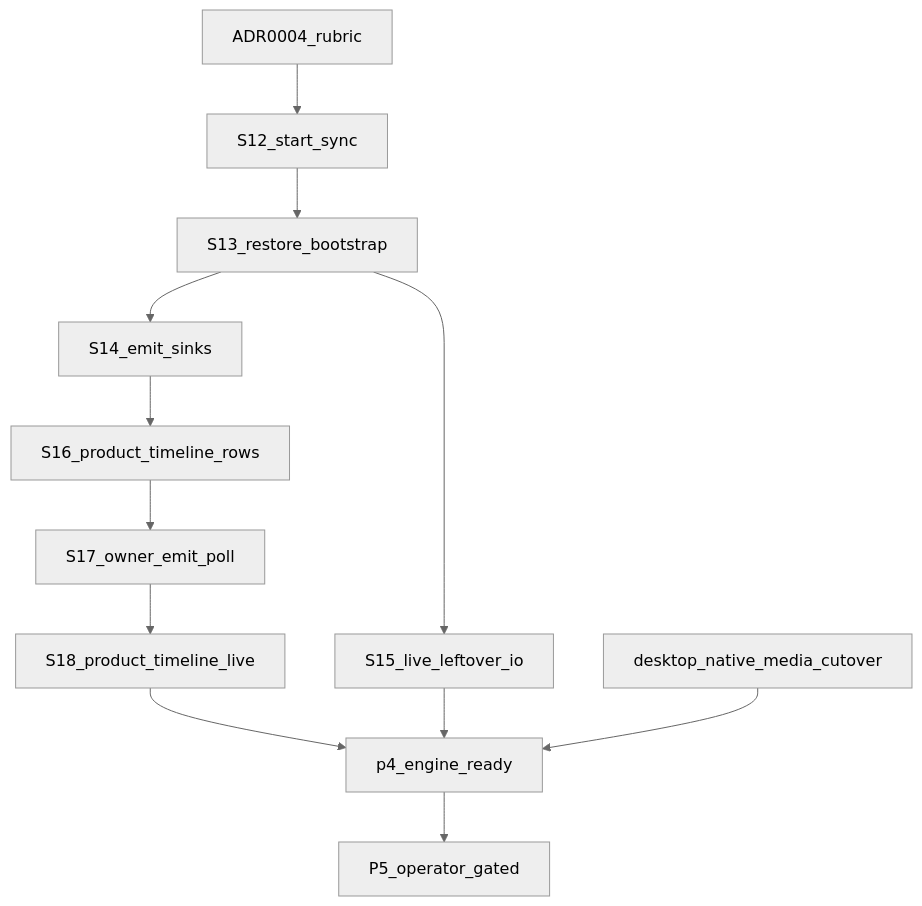
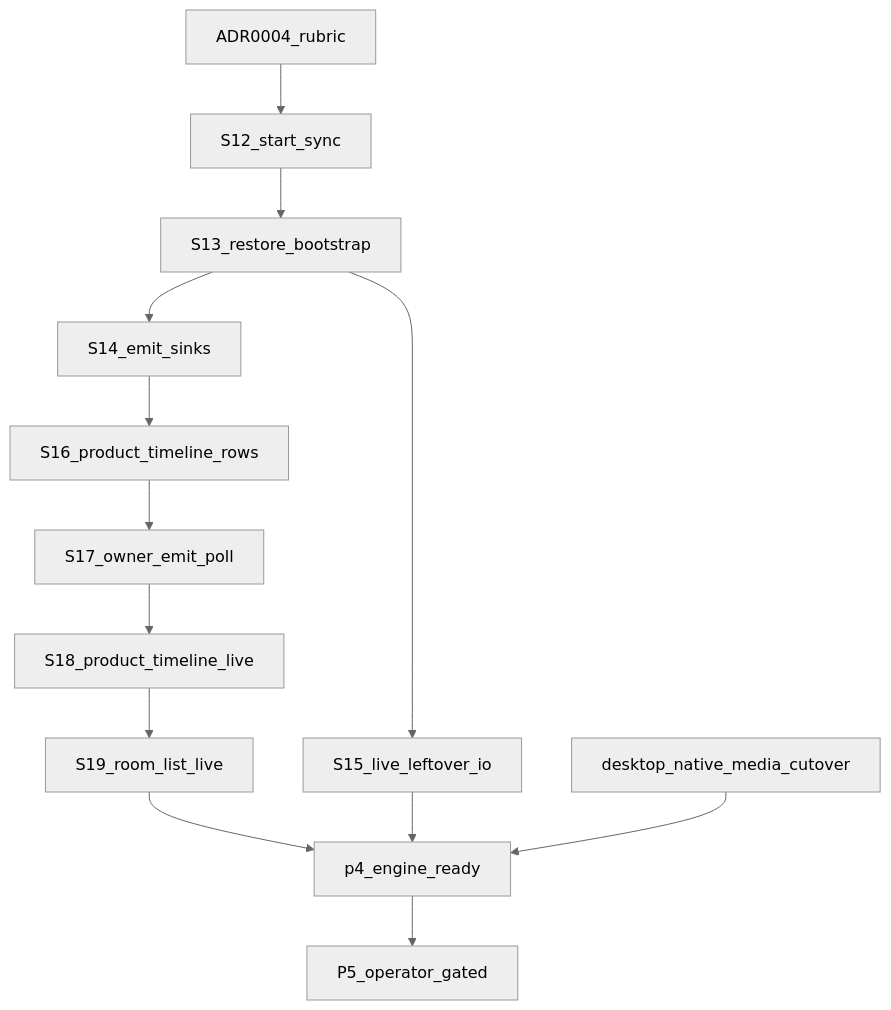
Before and after one commit to nepenth/synara-desktop: the diagram in docs/shared-native-core/13-language-boundary-goal-graph.md, drawn with Mermaid (neutral theme). The commit also changed other lines of this file and 14 other files, not shown here.

First line of the commit message:
feat(core): poll privacy-safe room-list wake-ups on SharedCore (P4-S19)

````diff
--- a/docs/shared-native-core/13-language-boundary-goal-graph.md
+++ b/docs/shared-native-core/13-language-boundary-goal-graph.md
@@ -46,26 +46,28 @@
 ```mermaid
 flowchart TD
   adr0004[ADR0004_rubric]
   s12[S12_start_sync]
   s13[S13_restore_bootstrap]
   s14[S14_emit_sinks]
   s15[S15_live_leftover_io]
   s16[S16_product_timeline_rows]
   s17[S17_owner_emit_poll]
   s18[S18_product_timeline_live]
+  s19[S19_room_list_live]
   media[desktop_native_media_cutover]
   done[p4_engine_ready]
   p5[P5_operator_gated]
 
   adr0004 --> s12
   s12 --> s13
   s13 --> s14
   s13 --> s15
   s14 --> s16
   s16 --> s17
   s17 --> s18
-  s18 --> done
+  s18 --> s19
+  s19 --> done
   s15 --> done
   media --> done
   done --> p5
 ```
````
